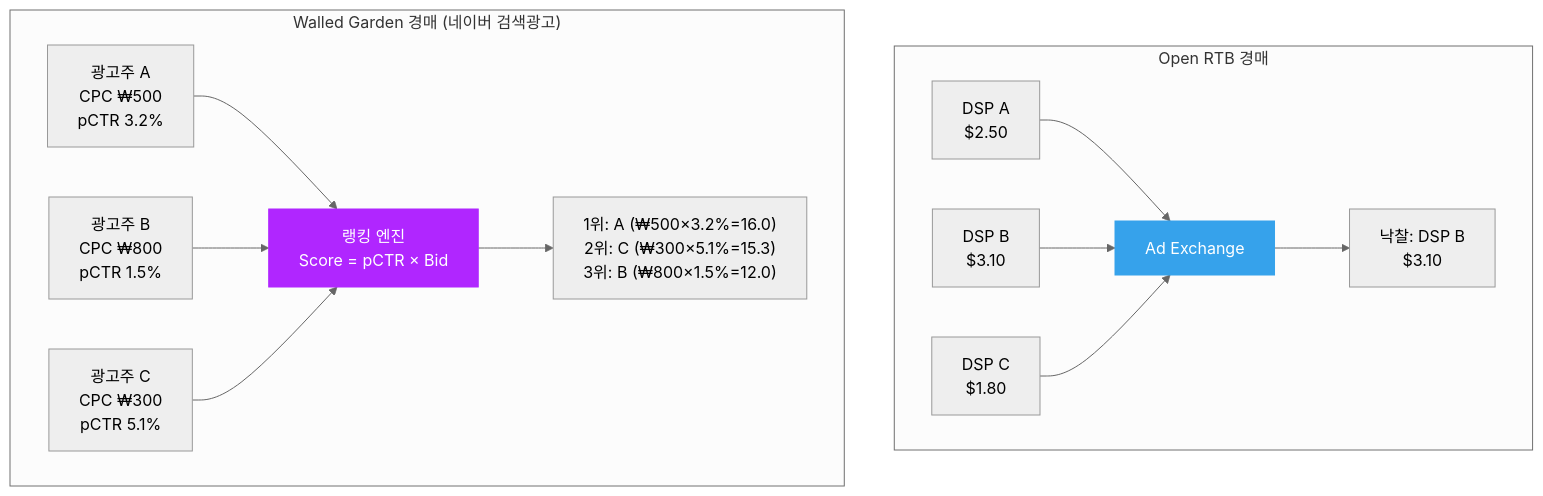
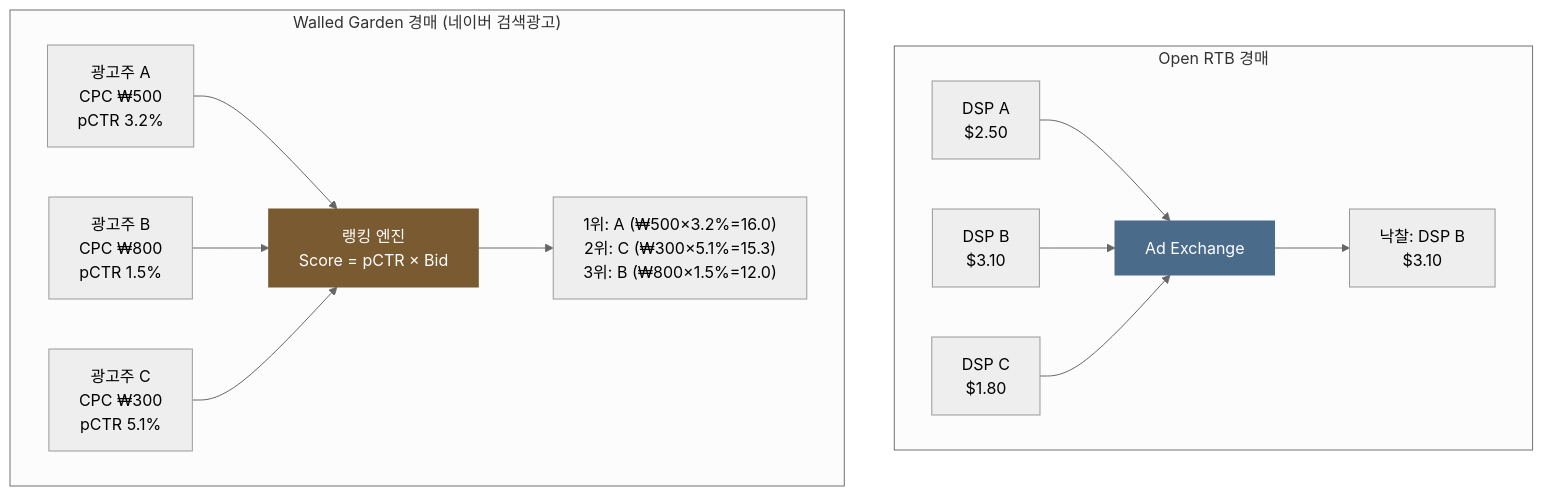
The fourth of 5 diagrams in posts/walled-garden.md (chkimsu/adtech-blog), drawn with Mermaid (neutral theme) before and after one commit. The commit also changed other lines of this file and 40 other files, not shown here.

````diff
--- a/posts/walled-garden.md
+++ b/posts/walled-garden.md
@@ -121,21 +121,21 @@
 ```mermaid
 graph TD
     subgraph OpenAuction["Open RTB 경매"]
         direction LR
         D1["DSP A<br/>$2.50"] --> EX["Ad Exchange"]
         D2["DSP B<br/>$3.10"] --> EX
         D3["DSP C<br/>$1.80"] --> EX
         EX --> W1["낙찰: DSP B<br/>$3.10"]
     end
 
     subgraph WalledAuction["Walled Garden 경매 (네이버 검색광고)"]
         direction LR
         A1["광고주 A<br/>CPC ₩500<br/>pCTR 3.2%"] --> RANK["랭킹 엔진<br/>Score = pCTR × Bid"]
         A2["광고주 B<br/>CPC ₩800<br/>pCTR 1.5%"] --> RANK
         A3["광고주 C<br/>CPC ₩300<br/>pCTR 5.1%"] --> RANK
         RANK --> W2["1위: A (₩500×3.2%=16.0)<br/>2위: C (₩300×5.1%=15.3)<br/>3위: B (₩800×1.5%=12.0)"]
     end
 
-    style EX fill:#36a2eb,stroke:#36a2eb,color:#fff
-    style RANK fill:#b026ff,stroke:#b026ff,color:#fff
+    style EX fill:#4a6b8a,stroke:#4a6b8a,color:#fff
+    style RANK fill:#7a5a30,stroke:#7a5a30,color:#fff
 ```
````
